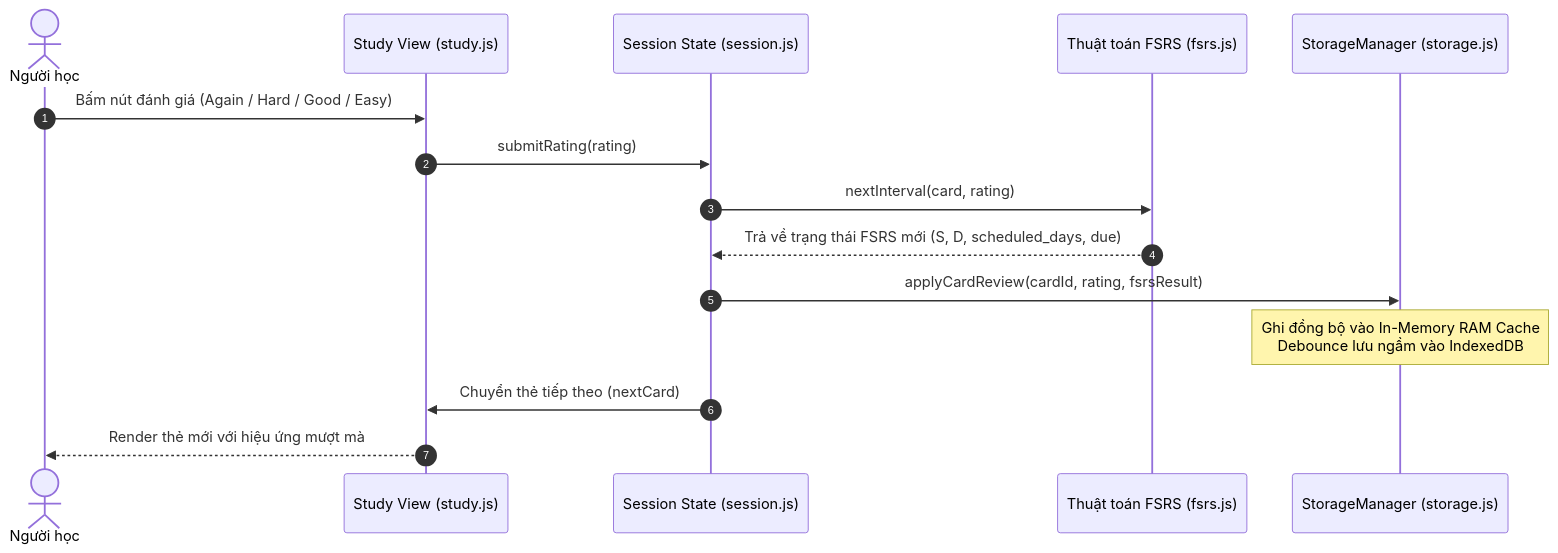
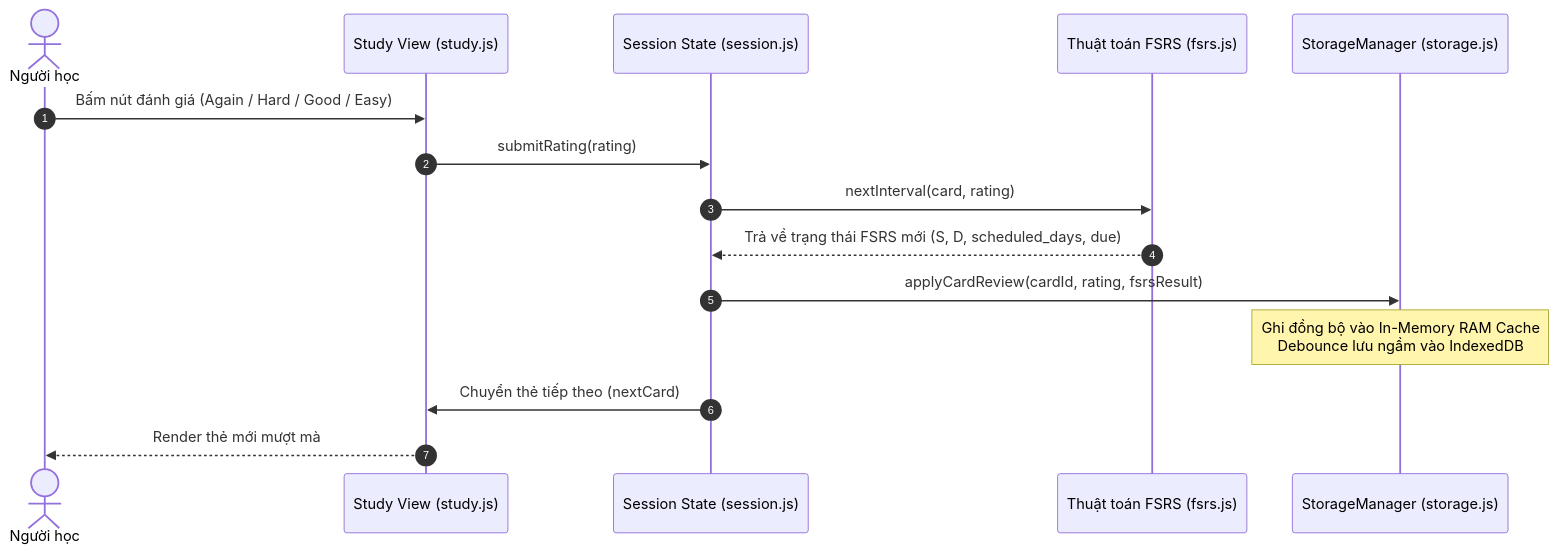
One commit to trantien2k5/flashcard-pro changed the second of 2 diagrams in docs/ARCHITECTURE.md. Above: the diagram before and after it, drawn with Mermaid. The commit also changed other lines of this file and 8 other files, not shown here.

Commit message:
docs(structure): merge ADR and coding standards into docs/ARCHITECTURE.md and streamline AGENTS.md (v3.76.58)

````diff
--- a/docs/ARCHITECTURE.md
+++ b/docs/ARCHITECTURE.md
@@ -71,18 +63,18 @@
 ```mermaid
 sequenceDiagram
     autonumber
     actor User as Người học
     participant UI as Study View (study.js)
     participant Core as Session State (session.js)
     participant FSRS as Thuật toán FSRS (fsrs.js)
     participant Storage as StorageManager (storage.js)
 
     User->>UI: Bấm nút đánh giá (Again / Hard / Good / Easy)
     UI->>Core: submitRating(rating)
     Core->>FSRS: nextInterval(card, rating)
     FSRS-->>Core: Trả về trạng thái FSRS mới (S, D, scheduled_days, due)
     Core->>Storage: applyCardReview(cardId, rating, fsrsResult)
     Note over Storage: Ghi đồng bộ vào In-Memory RAM Cache<br/>Debounce lưu ngầm vào IndexedDB
     Core->>UI: Chuyển thẻ tiếp theo (nextCard)
-    UI-->>User: Render thẻ mới với hiệu ứng mượt mà
+    UI-->>User: Render thẻ mới mượt mà
 ```
````
